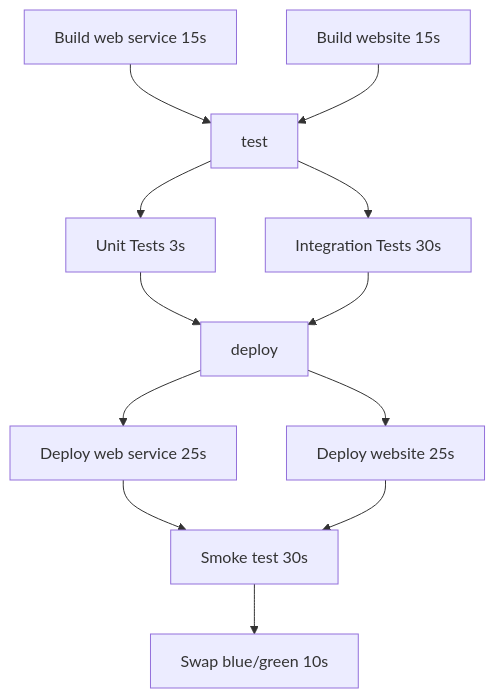
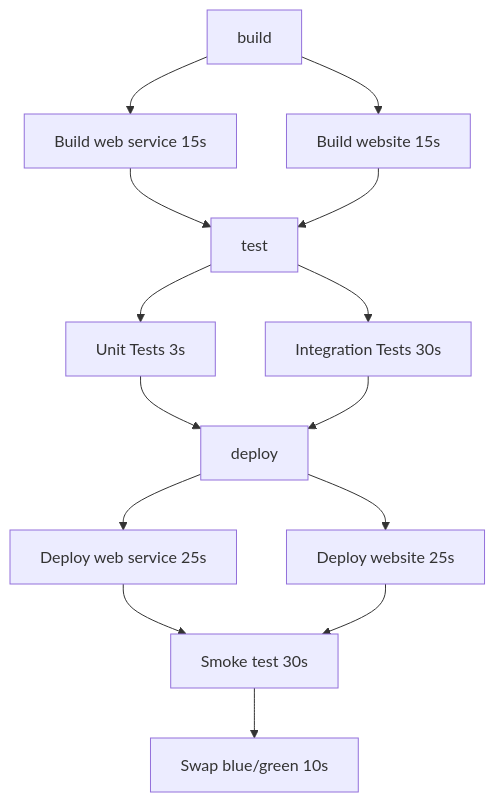
The second of 2 diagrams in README.md (samsmithnz/ParallelPipelinesDemo), drawn with Mermaid before and after one commit.

````diff
--- a/README.md
+++ b/README.md
@@ -11,10 +11,10 @@
 ```mermaid
   graph TD;
-      buildWeb[Build web service 15s]-->test
-      buildWebService[Build website 15s]-->test;
+      build-->buildWeb[Build web service 15s]-->test
+      build-->buildWebService[Build website 15s]-->test;
       test-->unitTest[Unit Tests 3s]-->deploy;
       test-->integrationTest[Integration Tests 30s]-->deploy;
       deploy-->deployWebService[Deploy web service 25s]-->smoke[Smoke test 30s];
       deploy-->deployWeb[Deploy website 25s]-->smoke[Smoke test 30s];
       smoke[Smoke test 30s]-->swap[Swap blue/green 10s];
 ```
````
